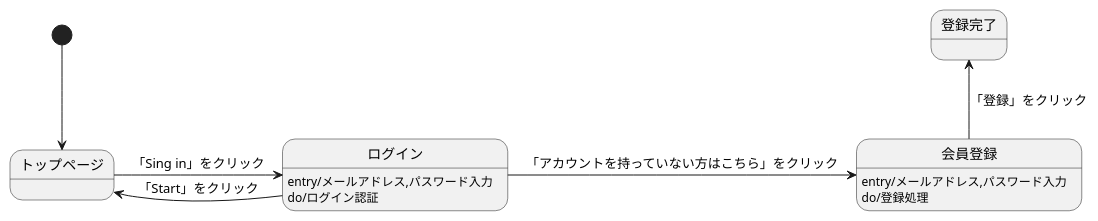
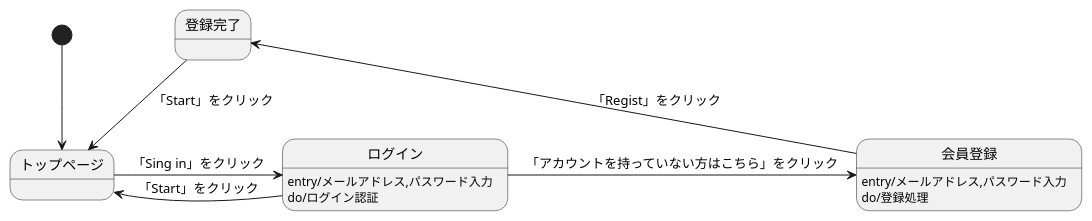
Before and after one commit to Aso2001031/2021sys-design: the diagram in 画面遷移図.md, drawn with PlantUML.

````diff
--- a/画面遷移図.md
+++ b/画面遷移図.md
@@ -1,21 +1,23 @@
 ```uml
 @startuml
 
 [*] -down-> トップページ
 
 
 トップページ -right-> ログイン :「Sing in」をクリック
 
 
 
 ログイン : entry/メールアドレス,パスワード入力
 ログイン : do/ログイン認証
 ログイン -left-> トップページ :「Start」をクリック
 ログイン -right-> 会員登録 :「アカウントを持っていない方はこちら」をクリック
 
 会員登録 : entry/メールアドレス,パスワード入力
 会員登録 : do/登録処理
-会員登録 -up-> 登録完了 : 「登録」をクリック
+会員登録 -up-> 登録完了 : 「Regist」をクリック
+
+登録完了 -> トップページ :「Start」をクリック
 
 @enduml
 ```
````
